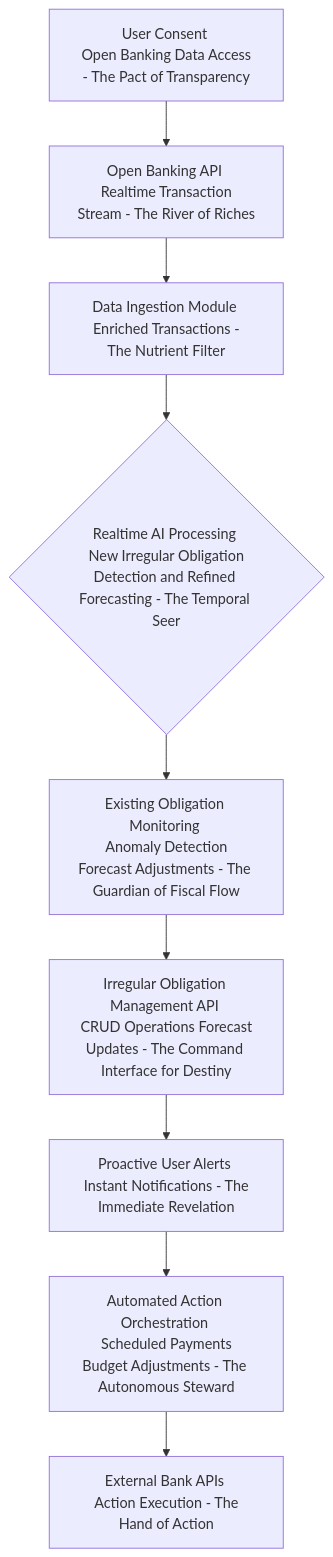
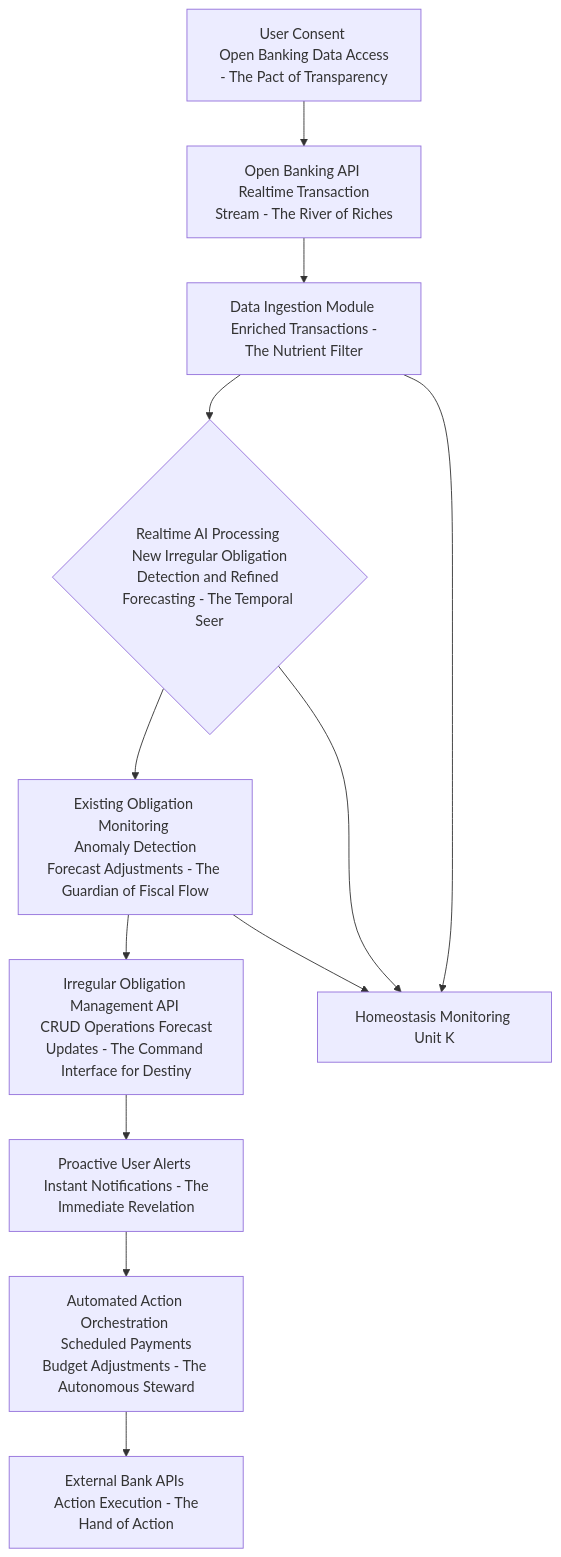
The eighth of 11 diagrams in inventions/inventions/006_ai_subscription_detection/008_ai_irregular_expense_prediction.md (diplomat-bit/Citibank_Demo_Business_Inc_Demonstration-), drawn with Mermaid before and after one commit. The commit also changed other lines of this file, not shown here.

````diff
--- a/inventions/inventions/006_ai_subscription_detection/008_ai_irregular_expense_prediction.md
+++ b/inventions/inventions/006_ai_subscription_detection/008_ai_irregular_expense_prediction.md
@@ -255,11 +324,14 @@
 ```mermaid
 graph TD
     A[User Consent <br/> Open Banking Data Access - The Pact of Transparency] --> B[Open Banking API <br/> Realtime Transaction Stream - The River of Riches]
     B --> C[Data Ingestion Module <br/> Enriched Transactions - The Nutrient Filter]
     C --> D{Realtime AI Processing <br/> New Irregular Obligation Detection and Refined Forecasting - The Temporal Seer}
     D --> E[Existing Obligation Monitoring <br/> Anomaly Detection Forecast Adjustments - The Guardian of Fiscal Flow]
     E --> F[Irregular Obligation Management API <br/> CRUD Operations Forecast Updates - The Command Interface for Destiny]
     F --> G[Proactive User Alerts <br/> Instant Notifications - The Immediate Revelation]
     G --> H[Automated Action Orchestration <br/> Scheduled Payments Budget Adjustments - The Autonomous Steward]
     H --> I[External Bank APIs <br/> Action Execution - The Hand of Action]
+    C --> J[Homeostasis Monitoring Unit K]
+    D --> J
+    E --> J
 ```
````
